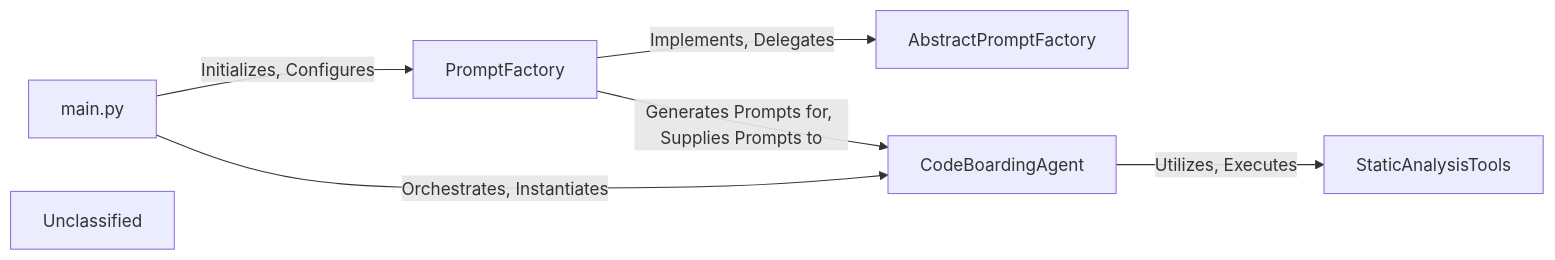
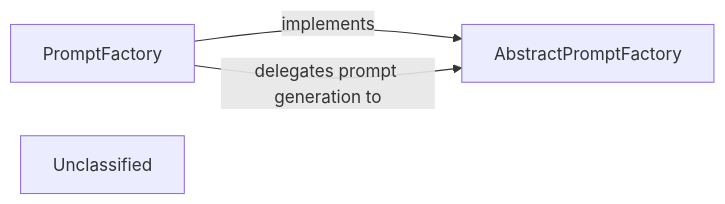
Before and after one commit to CodeBoarding/CodeBoarding: the diagram in .codeboarding/LLM_Prompt_Factory.md, drawn with Mermaid. The commit also changed other lines of this file and 17 other files, not shown here.

First line of the commit message:
docs: update codeboarding documentation and generate architecture

````diff
--- a/.codeboarding/LLM_Prompt_Factory.md
+++ b/.codeboarding/LLM_Prompt_Factory.md
@@ -1,14 +1,8 @@
 ```mermaid
 graph LR
-    main_py["main.py"]
+    AbstractPromptFactory["AbstractPromptFactory"]
     PromptFactory["PromptFactory"]
-    AbstractPromptFactory["AbstractPromptFactory"]
-    CodeBoardingAgent["CodeBoardingAgent"]
-    StaticAnalysisTools["StaticAnalysisTools"]
     Unclassified["Unclassified"]
-    main_py -- "Initializes, Configures" --> PromptFactory
-    main_py -- "Orchestrates, Instantiates" --> CodeBoardingAgent
-    PromptFactory -- "Implements, Delegates" --> AbstractPromptFactory
-    PromptFactory -- "Generates Prompts for, Supplies Prompts to" --> CodeBoardingAgent
-    CodeBoardingAgent -- "Utilizes, Executes" --> StaticAnalysisTools
+    PromptFactory -- "implements" --> AbstractPromptFactory
+    PromptFactory -- "delegates prompt generation to" --> AbstractPromptFactory
 ```
````
